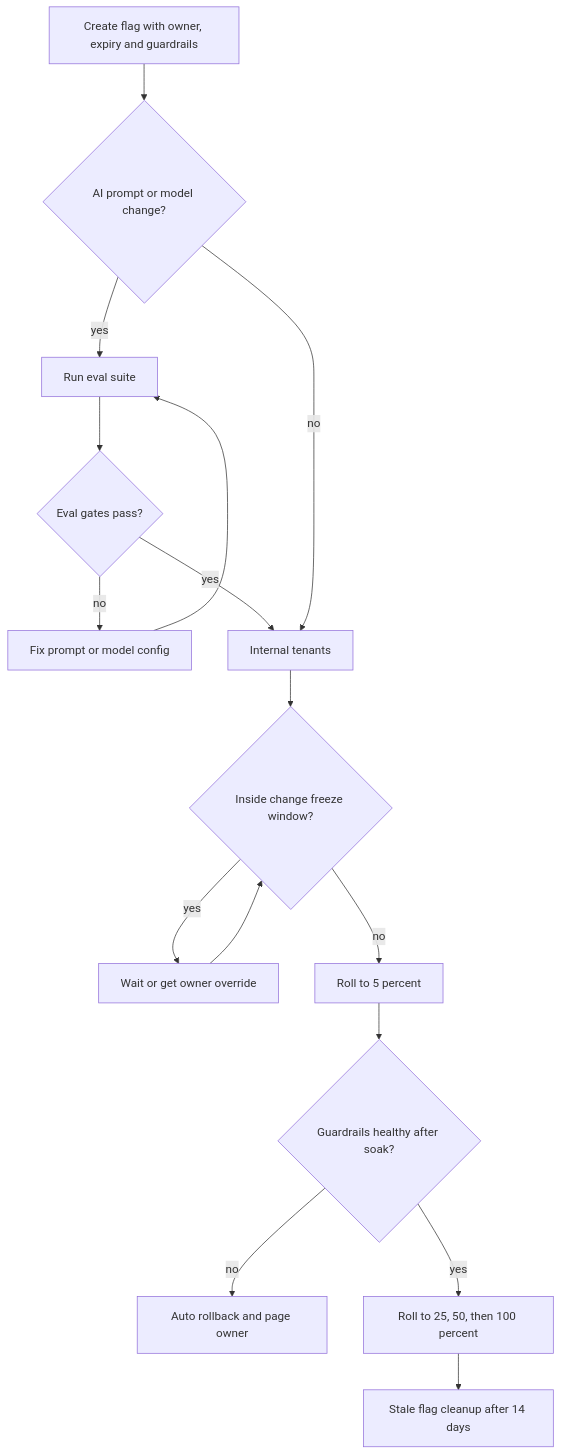
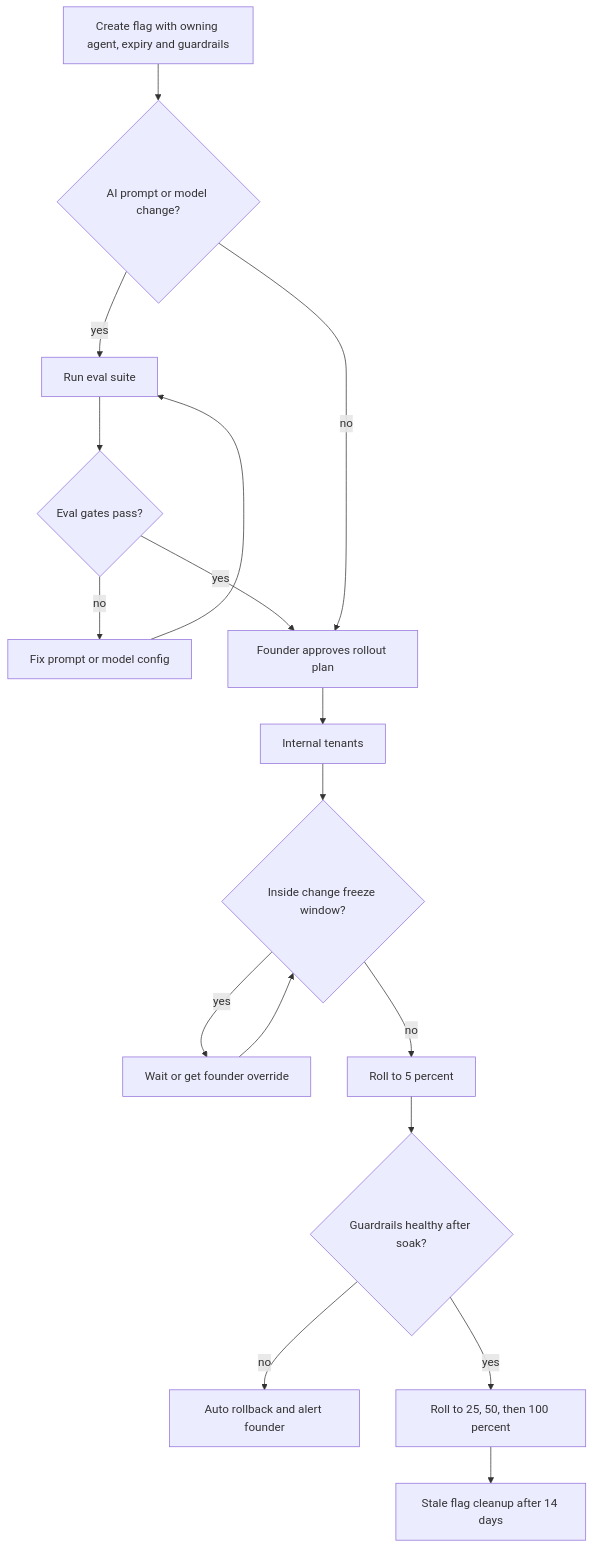
The sixth of 13 diagrams in docs/19-platform-admin-portal.md (jdinard/landscape), drawn with Mermaid before and after one commit. The commit also changed other lines of this file and 42 other files, not shown here.

````diff
--- a/docs/19-platform-admin-portal.md
+++ b/docs/19-platform-admin-portal.md
@@ -1114,18 +1119,19 @@
 ```mermaid
 flowchart TD
-    A["Create flag with owner, expiry and guardrails"] --> B{"AI prompt or model change?"}
+    A["Create flag with owning agent, expiry and guardrails"] --> B{"AI prompt or model change?"}
     B -->|yes| EV["Run eval suite"]
     EV --> G{"Eval gates pass?"}
     G -->|no| FIXP["Fix prompt or model config"]
     FIXP --> EV
-    G -->|yes| C["Internal tenants"]
-    B -->|no| C
+    G -->|yes| AP["Founder approves rollout plan"]
+    B -->|no| AP
+    AP --> C["Internal tenants"]
     C --> FZ{"Inside change freeze window?"}
-    FZ -->|yes| WAIT["Wait or get owner override"]
+    FZ -->|yes| WAIT["Wait or get founder override"]
     WAIT --> FZ
     FZ -->|no| P5["Roll to 5 percent"]
     P5 --> MON{"Guardrails healthy after soak?"}
-    MON -->|no| RB["Auto rollback and page owner"]
+    MON -->|no| RB["Auto rollback and alert founder"]
     MON -->|yes| P25["Roll to 25, 50, then 100 percent"]
     P25 --> CL["Stale flag cleanup after 14 days"]
 ```
````
